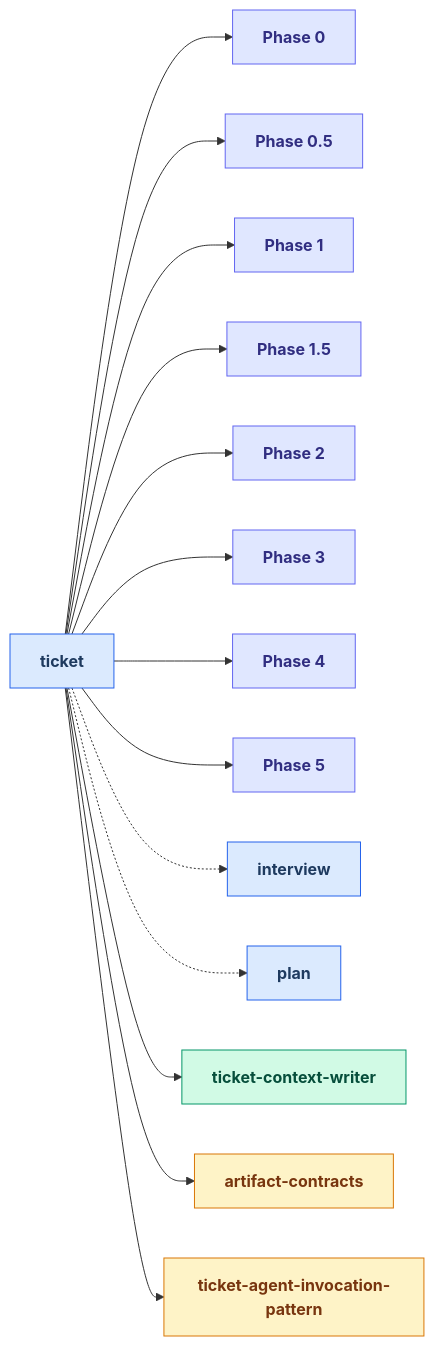
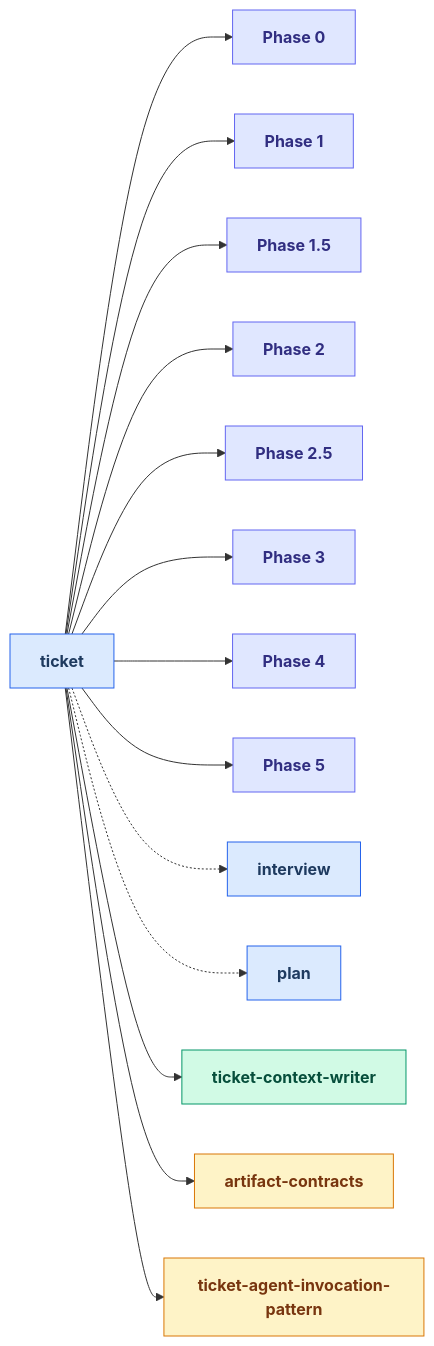
The second of 25 diagrams in docs/skills_map.md (russell-laing/al-dev-shared), drawn with Mermaid before and after one commit. The commit also changed other lines of this file and 14 other files, not shown here.

````diff
--- a/docs/skills_map.md
+++ b/docs/skills_map.md
@@ -97,52 +97,52 @@
 ```mermaid
 flowchart LR
     classDef skillNode fill:#dbeafe,stroke:#2563eb,color:#1e3a5f,font-weight:bold
     classDef agentNode fill:#d1fae5,stroke:#059669,color:#064e3b,font-weight:bold
     classDef knowledgeNode fill:#fef3c7,stroke:#d97706,color:#78350f,font-weight:bold
     classDef artifactNode fill:#ede9fe,stroke:#7c3aed,color:#4c1d95,font-weight:bold
     classDef phaseNode fill:#e0e7ff,stroke:#6366f1,color:#312e81,font-weight:bold
 
     skill_ticket[ticket]
     Phase0["Phase 0"]
-    Phase0_5["Phase 0.5"]
     Phase1["Phase 1"]
     Phase1_5["Phase 1.5"]
     Phase2["Phase 2"]
+    Phase2_5["Phase 2.5"]
     Phase3["Phase 3"]
     Phase4["Phase 4"]
     Phase5["Phase 5"]
     skill_interview[interview]
     skill_plan[plan]
     agent_ticket_context_writer[ticket-context-writer]
     knowledge_artifact_contracts_md[artifact-contracts]
     knowledge_ticket_agent_invocation_pattern_md[ticket-agent-invocation-pattern]
 
     skill_ticket --> Phase0
-    skill_ticket --> Phase0_5
     skill_ticket --> Phase1
     skill_ticket --> Phase1_5
     skill_ticket --> Phase2
+    skill_ticket --> Phase2_5
     skill_ticket --> Phase3
     skill_ticket --> Phase4
     skill_ticket --> Phase5
     skill_ticket -.-> skill_interview
     skill_ticket -.-> skill_plan
     skill_ticket --> agent_ticket_context_writer
     skill_ticket --> knowledge_artifact_contracts_md
     skill_ticket --> knowledge_ticket_agent_invocation_pattern_md
 
     class skill_ticket skillNode
     class Phase0 phaseNode
-    class Phase0_5 phaseNode
     class Phase1 phaseNode
     class Phase1_5 phaseNode
     class Phase2 phaseNode
+    class Phase2_5 phaseNode
     class Phase3 phaseNode
     class Phase4 phaseNode
     class Phase5 phaseNode
     class skill_interview skillNode
     class skill_plan skillNode
     class agent_ticket_context_writer agentNode
     class knowledge_artifact_contracts_md knowledgeNode
     class knowledge_ticket_agent_invocation_pattern_md knowledgeNode
 ```
````
